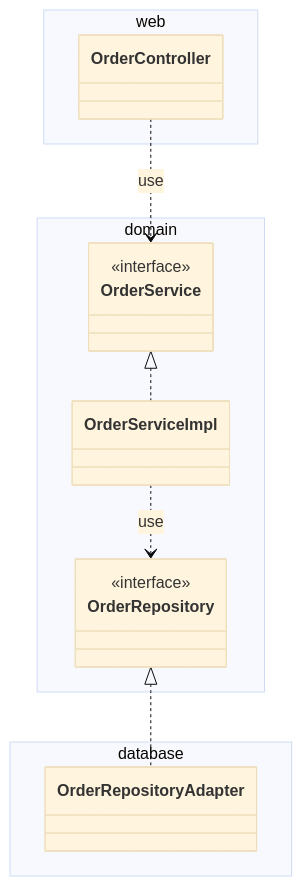
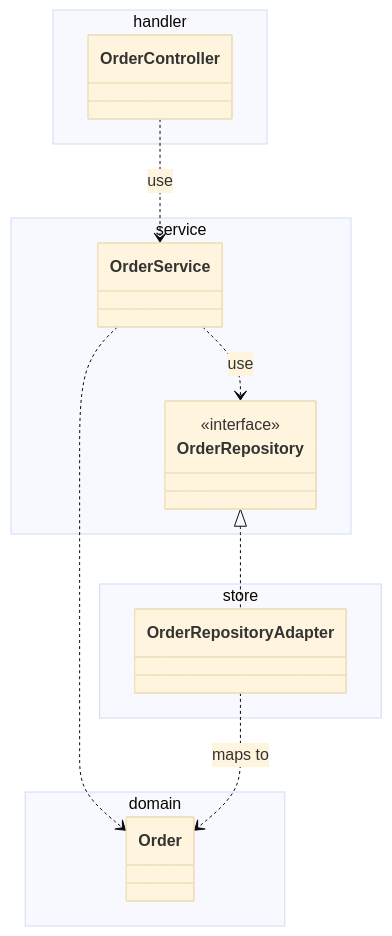
Before and after one commit to devgfe/polito-wa2-ticketing: the first of 2 diagrams in docs/adr/0007-package-layout.md, drawn with Mermaid (base theme). The commit also changed other lines of this file, not shown here.

````diff
--- a/docs/adr/0007-package-layout.md
+++ b/docs/adr/0007-package-layout.md
@@ -22,22 +40,23 @@
 ```mermaid
 classDiagram
-    namespace web {
+    namespace handler {
         class OrderController
     }
-    namespace domain {
-        class OrderService {
-            <<interface>>
-        }
-        class OrderServiceImpl
+    namespace service {
+        class OrderService
         class OrderRepository {
             <<interface>>
         }
     }
-    namespace database {
+    namespace domain {
+        class Order
+    }
+    namespace store {
         class OrderRepositoryAdapter
     }
     OrderController ..> OrderService : use
-    OrderService <|.. OrderServiceImpl
-    OrderServiceImpl ..> OrderRepository : use
+    OrderService ..> OrderRepository : use
+    OrderService ..> Order
     OrderRepository <|.. OrderRepositoryAdapter
+    OrderRepositoryAdapter ..> Order : maps to
 ```
````
